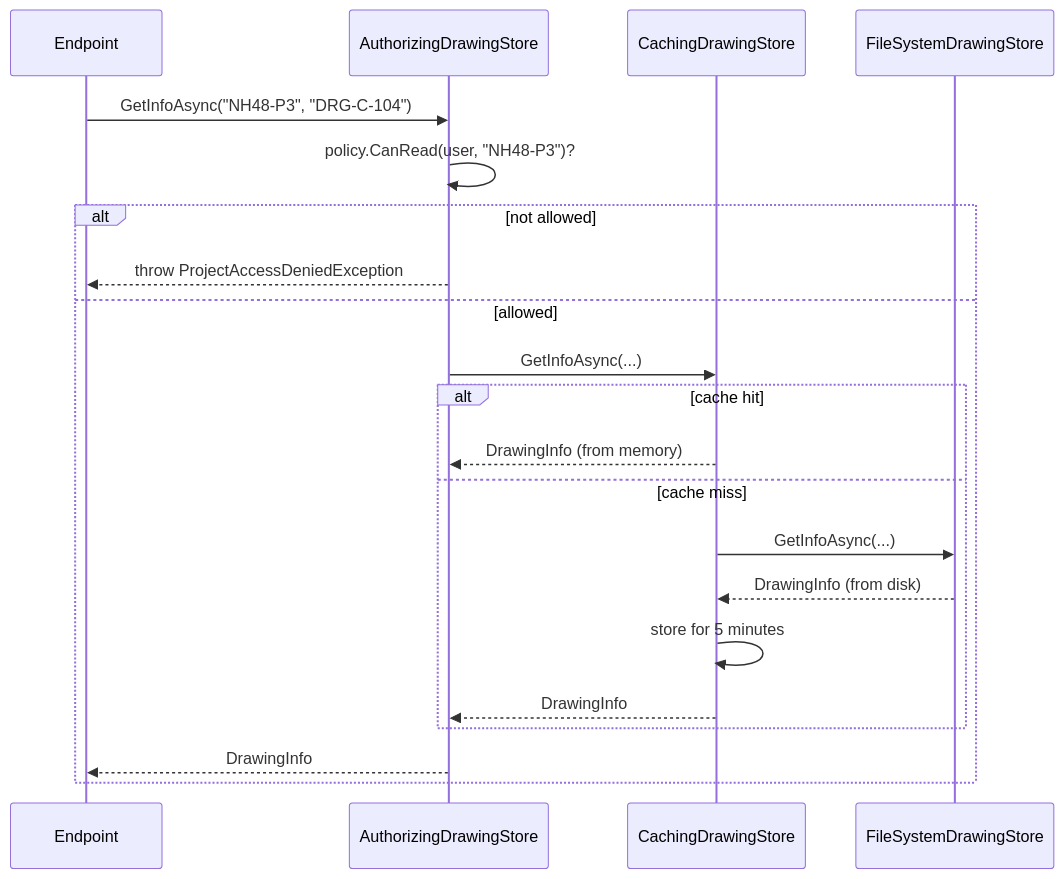
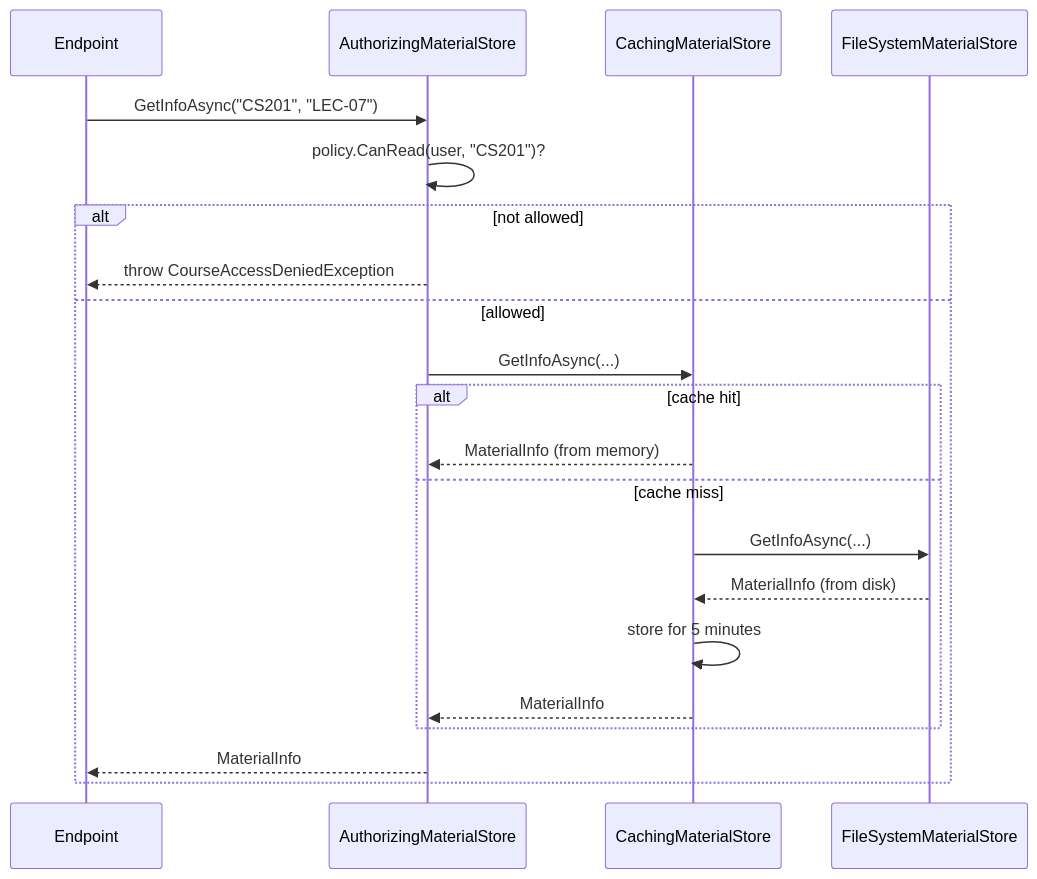
The second of 3 diagrams in content/lessons/m06/m06-proxy.md (rizwi0786/system-design-lab), drawn with Mermaid before and after one commit. The commit also changed other lines of this file and 334 other files, not shown here.

````diff
--- a/content/lessons/m06/m06-proxy.md
+++ b/content/lessons/m06/m06-proxy.md
@@ -185,23 +185,23 @@
 ```mermaid
 sequenceDiagram
     participant E as Endpoint
-    participant A as AuthorizingDrawingStore
-    participant C as CachingDrawingStore
-    participant F as FileSystemDrawingStore
-    E->>A: GetInfoAsync("NH48-P3", "DRG-C-104")
-    A->>A: policy.CanRead(user, "NH48-P3")?
+    participant A as AuthorizingMaterialStore
+    participant C as CachingMaterialStore
+    participant F as FileSystemMaterialStore
+    E->>A: GetInfoAsync("CS201", "LEC-07")
+    A->>A: policy.CanRead(user, "CS201")?
     alt not allowed
-        A-->>E: throw ProjectAccessDeniedException
+        A-->>E: throw CourseAccessDeniedException
     else allowed
         A->>C: GetInfoAsync(...)
         alt cache hit
-            C-->>A: DrawingInfo (from memory)
+            C-->>A: MaterialInfo (from memory)
         else cache miss
             C->>F: GetInfoAsync(...)
-            F-->>C: DrawingInfo (from disk)
+            F-->>C: MaterialInfo (from disk)
             C->>C: store for 5 minutes
-            C-->>A: DrawingInfo
+            C-->>A: MaterialInfo
         end
-        A-->>E: DrawingInfo
+        A-->>E: MaterialInfo
     end
 ```
````
